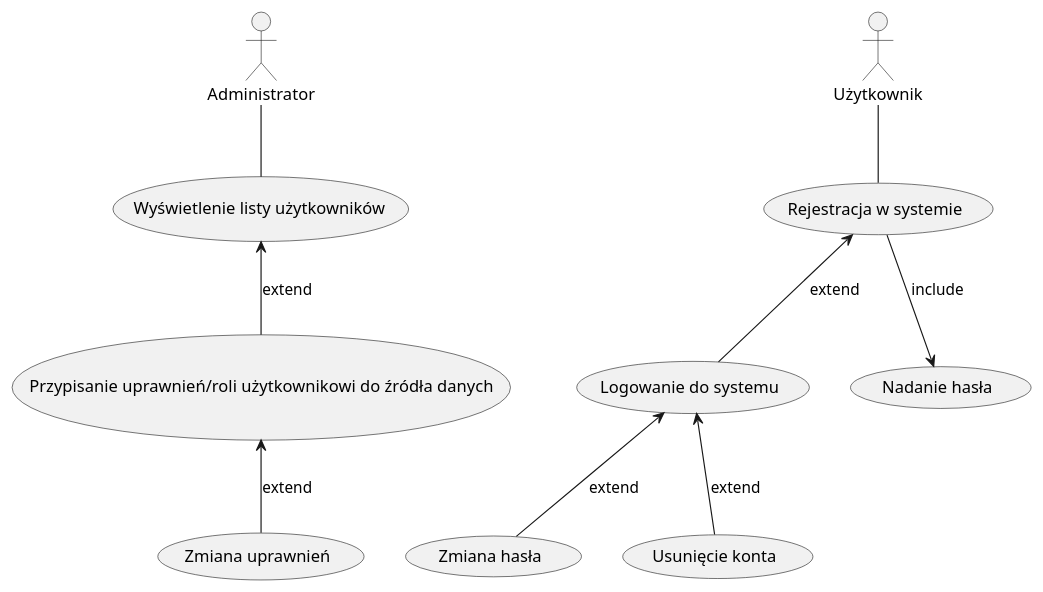
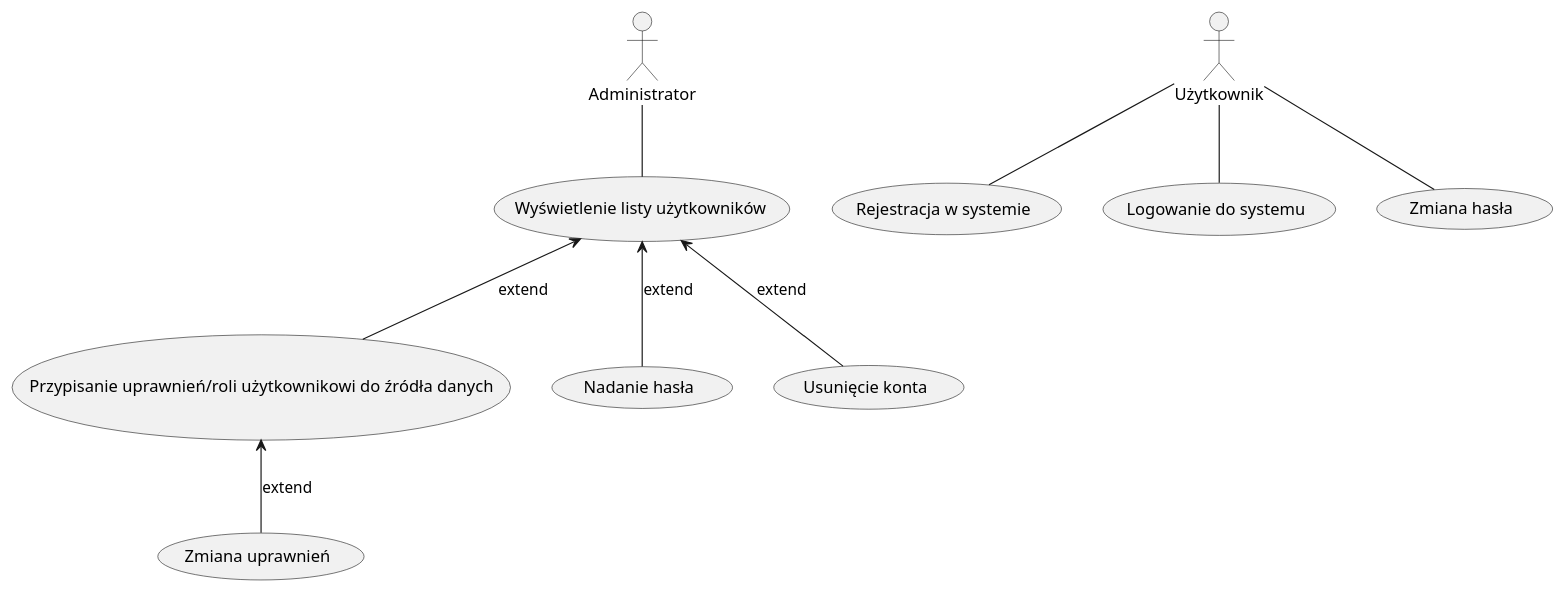
The diagram in dokumentacja/specyfikacja.wymagan/4.wymagania.uzytkownika/4.1.wymagania.funkcjonalne/PU0001.puml (falkowp/IWO25L), drawn with PlantUML before and after one commit.

Commit message:
Korekta diagramu

```diff
--- a/dokumentacja/specyfikacja.wymagan/4.wymagania.uzytkownika/4.1.wymagania.funkcjonalne/PU0001.puml
+++ b/dokumentacja/specyfikacja.wymagan/4.wymagania.uzytkownika/4.1.wymagania.funkcjonalne/PU0001.puml
@@ -1,25 +1,25 @@
 @startuml Zarządzanie użytkownikami i dostępem
 
 actor "Administrator" as Admin
 actor "Użytkownik" as User
 
 usecase "Wyświetlenie listy użytkowników" as UC1
 usecase "Przypisanie uprawnień/roli użytkownikowi do źródła danych" as UC2
 usecase "Zmiana uprawnień" as UC3
 usecase "Rejestracja w systemie" as UC4
 usecase "Logowanie do systemu" as UC5
 usecase "Nadanie hasła" as UC6
 usecase "Zmiana hasła" as UC7
 usecase "Usunięcie konta" as UC8
 
 Admin -- UC1
+UC1 <-- UC6 : extend
 UC1 <-- UC2 : extend
 UC2 <-- UC3 : extend
+UC1 <-- UC8 : extend
 
 User -- UC4
-UC4 --> UC6 : include
-UC4 <-- UC5 : extend
-UC5 <-- UC7 : extend
-UC5 <-- UC8 : extend
+User -- UC5
+User -- UC7  
 
 @enduml
```
